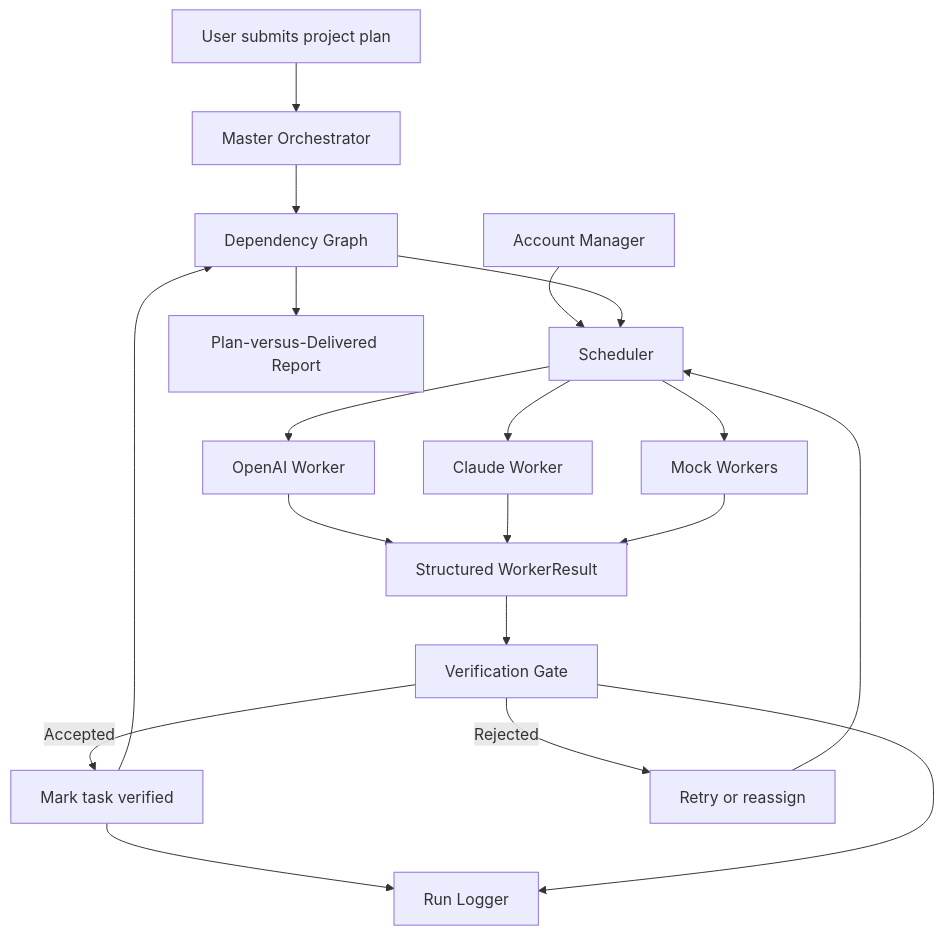
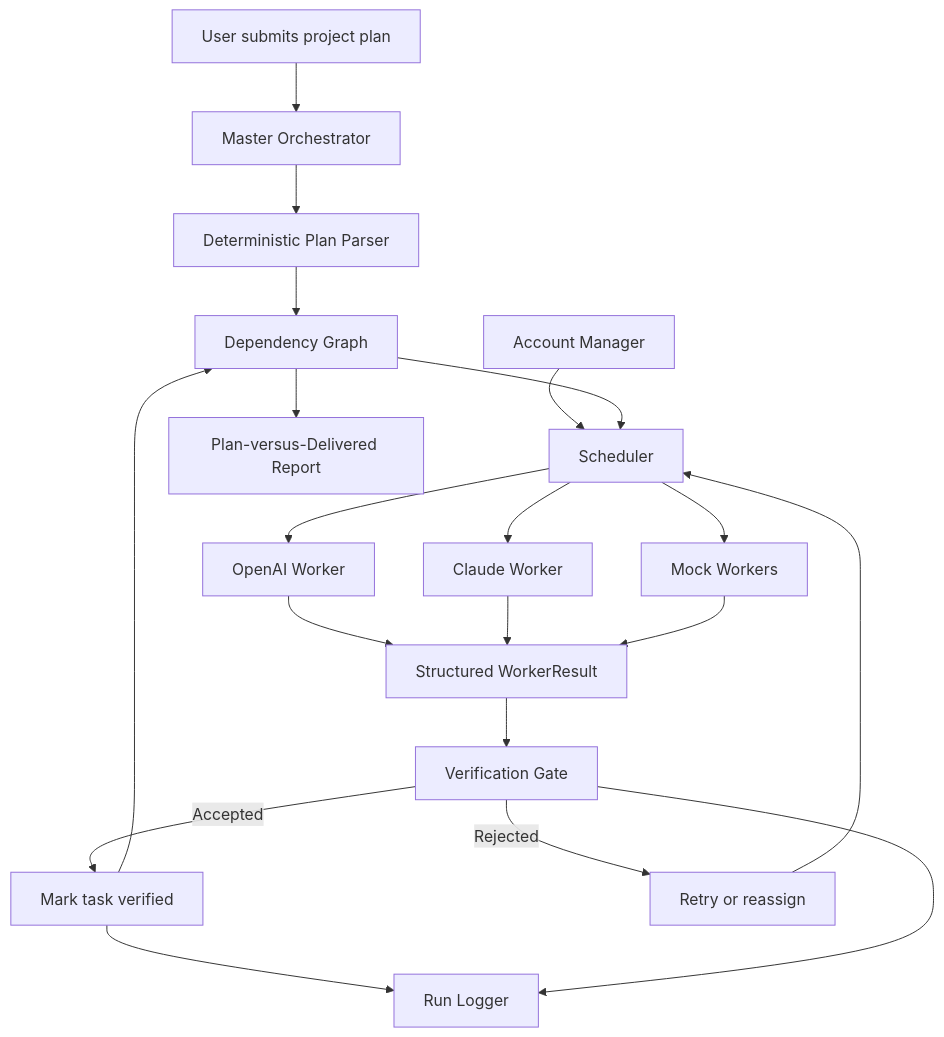
The diagram in README.md (sunny-shrivas/multi-account-multi-agent-orchestrator), drawn with Mermaid before and after one commit. The commit also changed other lines of this file, not shown here.

Commit message:
Clarify plan parsing and live provider limitations

````diff
--- a/README.md
+++ b/README.md
@@ -49,21 +52,22 @@
 ```mermaid
 flowchart TD
     U[User submits project plan] --> M[Master Orchestrator]
-    M --> D[Dependency Graph]
+    M --> P[Deterministic Plan Parser]
+    P --> D[Dependency Graph]
     A[Account Manager] --> S[Scheduler]
     D --> S
     S --> W1[OpenAI Worker]
     S --> W2[Claude Worker]
     S --> W3[Mock Workers]
     W1 --> R[Structured WorkerResult]
     W2 --> R
     W3 --> R
     R --> V[Verification Gate]
     V -->|Accepted| C[Mark task verified]
     V -->|Rejected| F[Retry or reassign]
     F --> S
     C --> D
     C --> L[Run Logger]
     V --> L
-    D --> P[Plan-versus-Delivered Report]
+    D --> Q[Plan-versus-Delivered Report]
 ```
````
